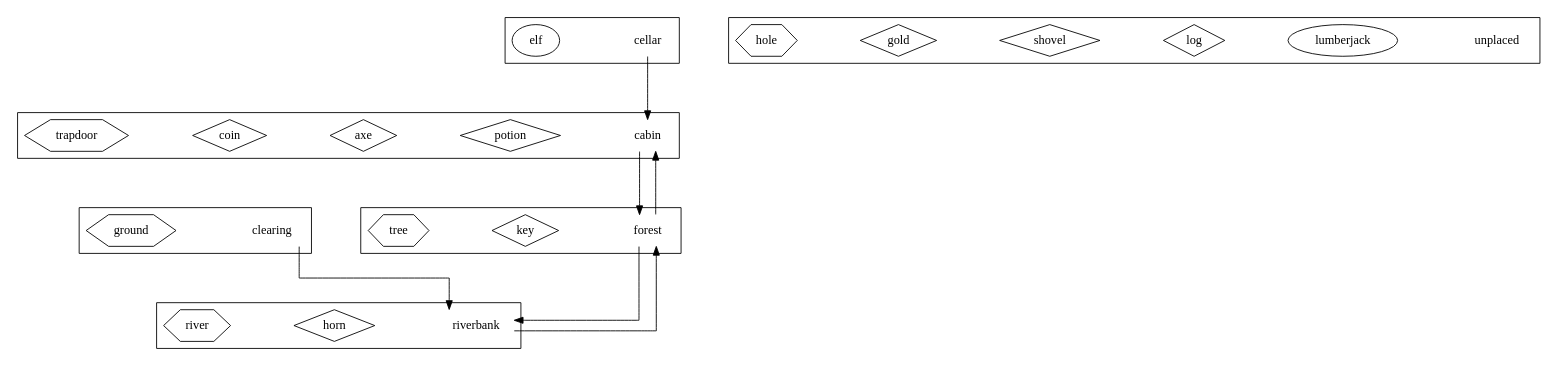
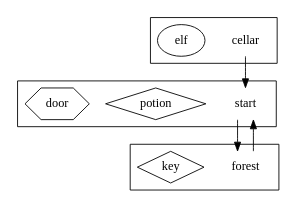
The diagram in src/com/company/data/entities.dot (Nonac/CS_2019_UoB), drawn with Graphviz before and after one commit. The commit also changed 5 other files, not shown here.

```diff
--- a/src/com/company/data/entities.dot
+++ b/src/com/company/data/entities.dot
@@ -1,99 +1,45 @@
 digraph layout {
     /* ortho splines just makes the arrows into straight lines (rather than curvy ones !) */
     splines = ortho;
-    /* space everything out a bit to make it easier to see (for larger models) */
-    graph [ranksep="1" nodesep="1"];
     node [shape = "rect"];
 
     subgraph locations {
-
         subgraph cluster001 {
             node [shape = "none"];
-            cabin [description = "A log cabin in the woods"];
+            start [description = "An empty room"];
             subgraph artefacts {
                 node [shape = "diamond"];
-                potion [description = "A bottle of magic potion"];
-                axe [description = "A razor sharp axe"];
-                coin [description = "A silver coin"];
+                potion [description = "Magic potion"];
             }
             subgraph furniture {
                 node [shape = "hexagon"];
-                trapdoor [description = "A locked wooden trapdoor in the floor"];
+                door [description = "Wooden door"];
             }
         }
 
         subgraph cluster002 {
             node [shape = "none"];
-            forest [description = "A deep dark forest"];
+            forest [description = "A dark forest"];
             subgraph artefacts {
                 node [shape = "diamond"];
-                key [description = "A rusty old key"];
-            }
-            subgraph furniture {
-                node [shape = "hexagon"];
-                tree [description = "A tall pine tree"];
+                key [description = "Brass key"];
             }
         }
 
         subgraph cluster003 {
             node [shape = "none"];
             cellar [description = "A dusty cellar"]
             subgraph characters {
                 node [shape = "ellipse"];
-                elf [description = "An angry looking Elf"];
+                elf [description = "Angry Elf"];
             }
         }
-
-        subgraph cluster004 {
-            node [shape = "none"];
-            riverbank [description = "A grassy riverbank"]
-            subgraph artefacts {
-                node [shape = "diamond"];
-                horn [description = "An old brass horn"];
-            }
-            subgraph furniture {
-                node [shape = "hexagon"];
-                river [description = "A fast flowing river"];
-            }
-        }
-
-        subgraph cluster005 {
-            node [shape = "none"];
-            clearing [description = "A clearing in the woods"]
-            subgraph furniture {
-                node [shape = "hexagon"];
-                ground [description = "It looks like the soil has been recently disturbed"];
-            }
-        }
-
-        subgraph cluster999 {
-            node [shape = "none"];
-            unplaced [description = "Storage for any entities not placed in the game"]
-            subgraph characters {
-                node [shape = "ellipse"];
-                lumberjack [description = "A burly wood cutter"];
-            }
-            subgraph artefacts {
-                node [shape = "diamond"];
-                log [description = "A heavy wooden log"];
-                shovel [description = "A sturdy shovel"];
-                gold [description = "A big pot of gold"];
-            }
-            subgraph furniture {
-                node [shape = "hexagon"];
-                hole [description = "A deep hole in the ground"];
-            }
-        }
-
     }
 
     subgraph paths {
-        cabin -> forest;
-        forest -> cabin;
-        cellar -> cabin;
-        forest -> riverbank
-        riverbank -> forest
-        clearing -> riverbank
+        start -> forest;
+        forest -> start;
+        cellar -> start;
     }
 
 }
```
